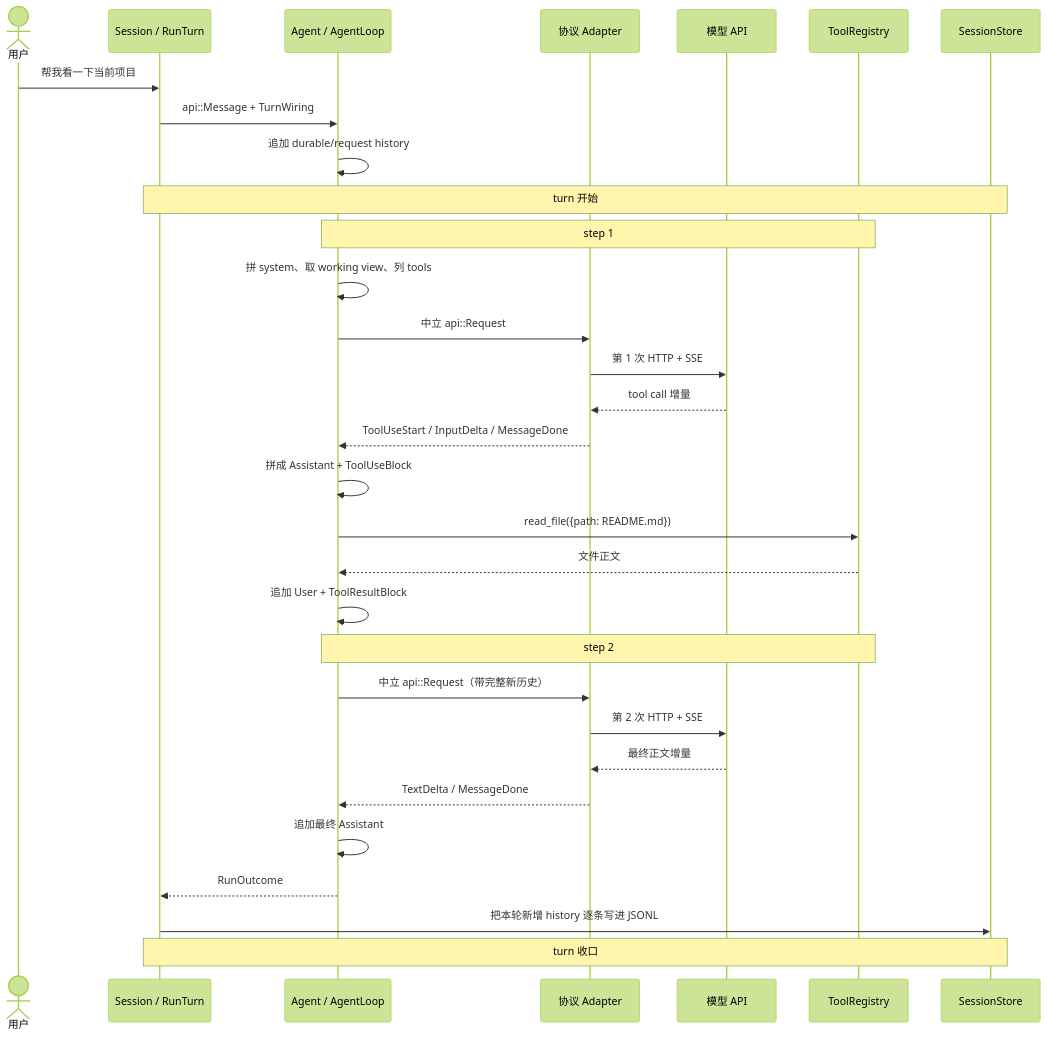
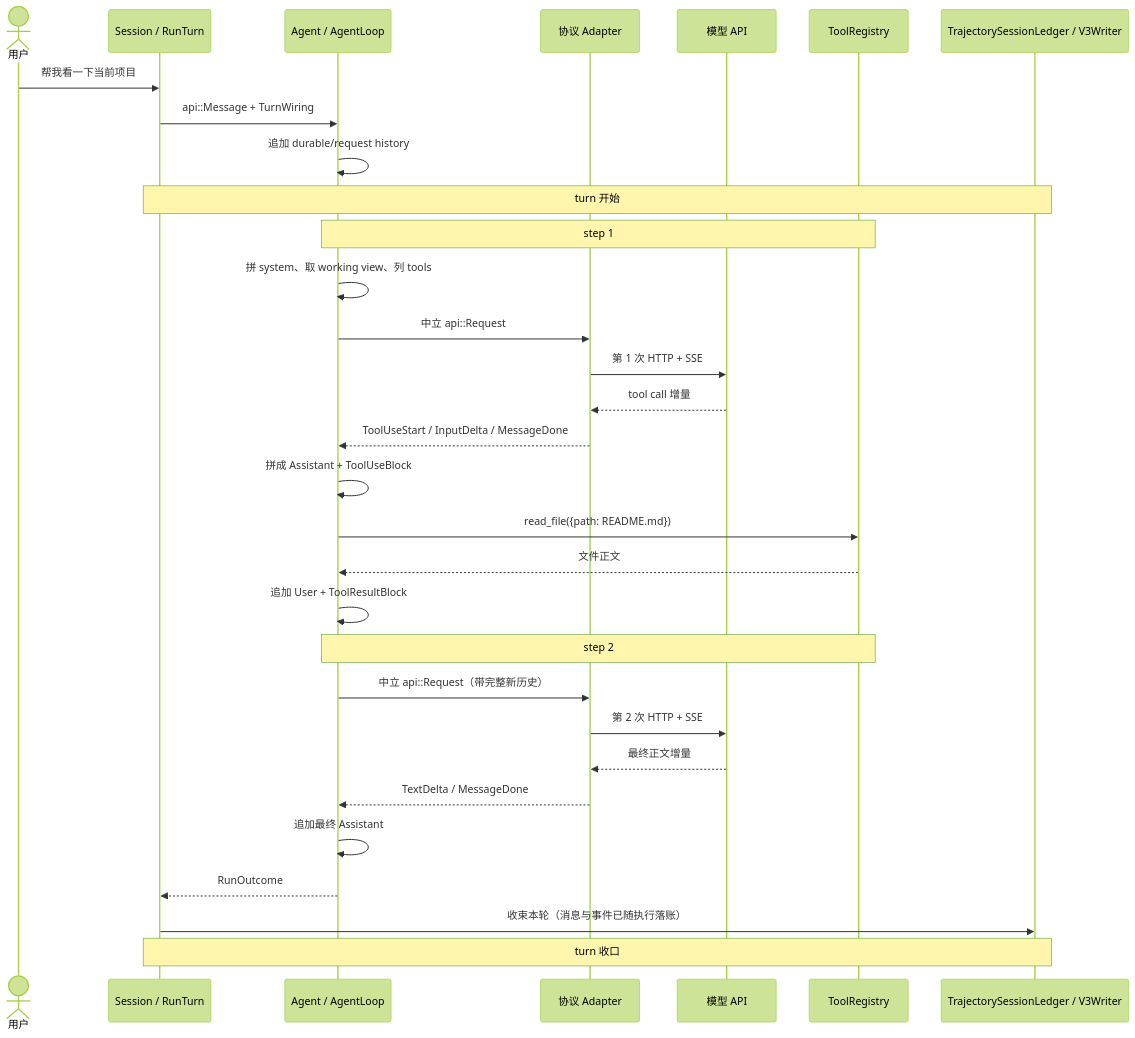
One commit to relic-yuexi/LubanCode changed the diagram in docs/architecture/query-data-flow.md. Above: the diagram before and after it, drawn with Mermaid (forest theme). The commit also changed other lines of this file and 27 other files, not shown here.

````diff
--- a/docs/architecture/query-data-flow.md
+++ b/docs/architecture/query-data-flow.md
@@ -59,36 +59,36 @@
 ```mermaid
 sequenceDiagram
     accTitle: 两步工具回合
-    accDescr: 用户消息先触发模型工具调用，宿主执行并回填结果，再发第二次模型请求，收束后持久化本轮记录。
+    accDescr: 用户消息先触发模型工具调用，宿主执行并回填结果，再发第二次模型请求，执行期间逐步持久化消息与事件。
     actor User as 用户
     participant Session as Session / RunTurn
     participant Agent as Agent / AgentLoop
     participant Wire as 协议 Adapter
     participant API as 模型 API
     participant Tools as ToolRegistry
-    participant Store as SessionStore
+    participant Store as TrajectorySessionLedger / V3Writer
 
     User->>Session: 帮我看一下当前项目
     Session->>Agent: api::Message + TurnWiring
     Agent->>Agent: 追加 durable/request history
     Note over Session,Store: turn 开始
     Note over Agent,Tools: step 1
     Agent->>Agent: 拼 system、取 working view、列 tools
     Agent->>Wire: 中立 api::Request
     Wire->>API: 第 1 次 HTTP + SSE
     API-->>Wire: tool call 增量
     Wire-->>Agent: ToolUseStart / InputDelta / MessageDone
     Agent->>Agent: 拼成 Assistant + ToolUseBlock
     Agent->>Tools: read_file({path: README.md})
     Tools-->>Agent: 文件正文
     Agent->>Agent: 追加 User + ToolResultBlock
     Note over Agent,Tools: step 2
     Agent->>Wire: 中立 api::Request（带完整新历史）
     Wire->>API: 第 2 次 HTTP + SSE
     API-->>Wire: 最终正文增量
     Wire-->>Agent: TextDelta / MessageDone
     Agent->>Agent: 追加最终 Assistant
     Agent-->>Session: RunOutcome
-    Session->>Store: 把本轮新增 history 逐条写进 JSONL
+    Session->>Store: 收束本轮（消息与事件已随执行落账）
     Note over Session,Store: turn 收口
 ```
````
